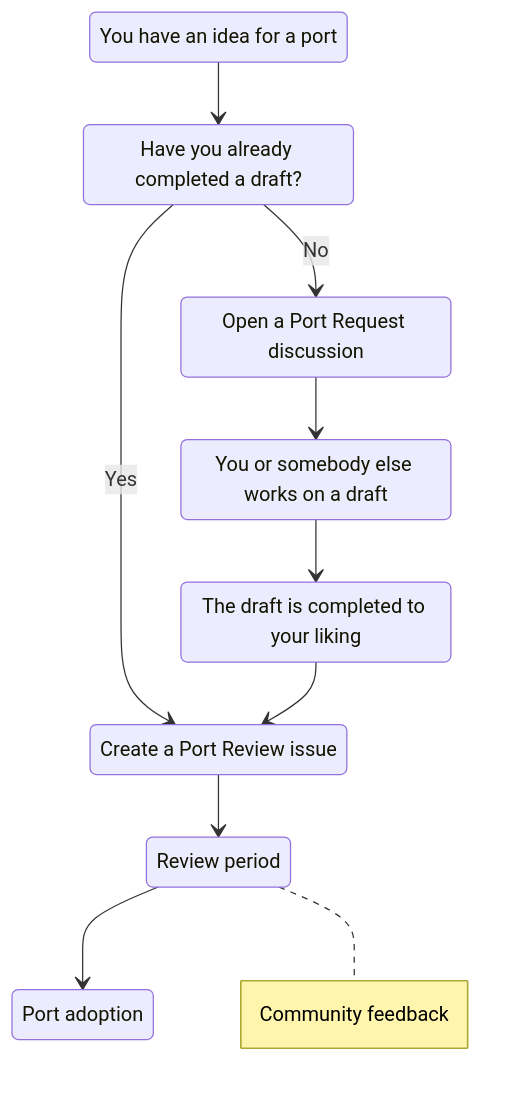
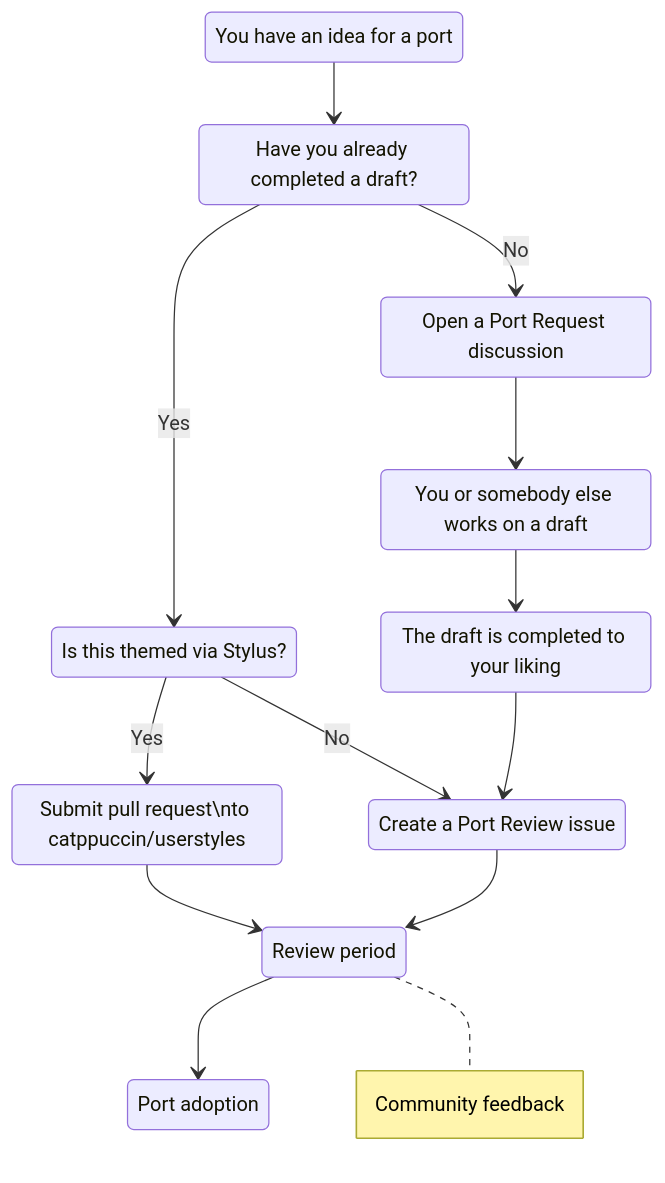
One commit to catppuccin/catppuccin changed the diagram in docs/port-creation.md. Above: the diagram before and after it, drawn with Mermaid. The commit also changed other lines of this file and 6 other files, not shown here.

First line of the commit message:
build: retrieve userstyles from `catppuccin/userstyles` (#2120)

````diff
--- a/docs/port-creation.md
+++ b/docs/port-creation.md
@@ -46,30 +55,37 @@
 ```mermaid
 stateDiagram-v2
   idea: You have an idea for a port
   idea --> choice
 
   choice: Have you already completed a draft?
-  choice --> draft_complete: Yes
+  choice --> is_userstyle: Yes
   choice --> request: No
 
   request: Open a Port Request discussion
   request --> request_picked_up
   
   request_picked_up: You or somebody else works on a draft
   request_picked_up --> request_complete
 
   request_complete: The draft is completed to your liking
   request_complete --> draft_complete
+
+  is_userstyle: Is this themed via Stylus?
+  is_userstyle --> userstyle_review: Yes
+  is_userstyle --> draft_complete: No
+
+  userstyle_review: Submit pull request\nto catppuccin/userstyles
+  userstyle_review --> review
   
   draft_complete: Create a Port Review issue
   draft_complete --> review
 
   review: Review period
   review --> port_adoption
 
   note right of review
     Community feedback
   end note
 
   port_adoption: Port adoption
 ```
````
